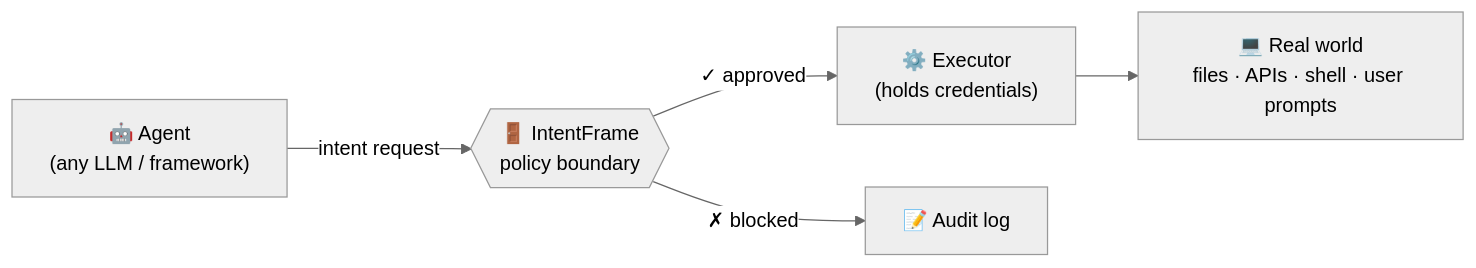
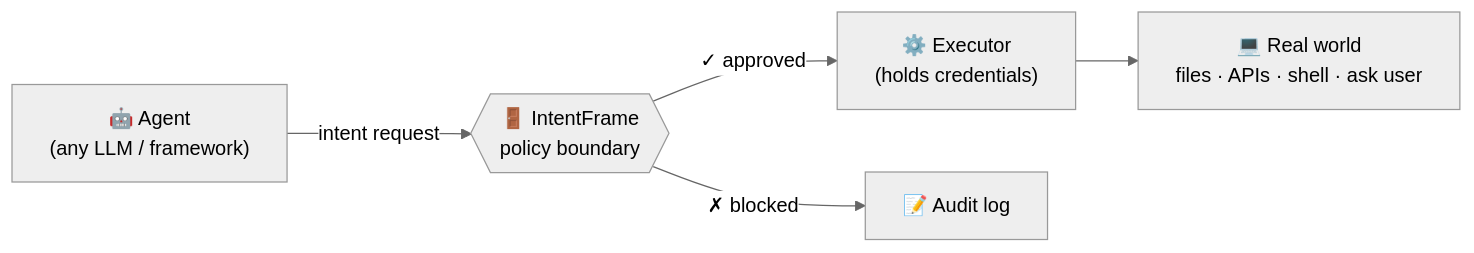
The first of 4 diagrams in README.md (intentframe/intentframe), drawn with Mermaid before and after one commit. The commit also changed other lines of this file, not shown here.

````diff
--- a/README.md
+++ b/README.md
@@ -68,8 +75,8 @@
 ```mermaid
 %%{init: {'theme':'neutral'}}%%
 flowchart LR
     A["🤖 Agent<br/>(any LLM / framework)"] -->|"intent request"| V{{"🚪 IntentFrame<br/>policy boundary"}}
     V -->|"✓ approved"| E["⚙️ Executor<br/>(holds credentials)"]
     V -->|"✗ blocked"| X["📝 Audit log"]
-    E --> S["💻 Real world<br/>files · APIs · shell · user prompts"]
+    E --> S["💻 Real world<br/>files · APIs · shell · ask user"]
 ```
````
